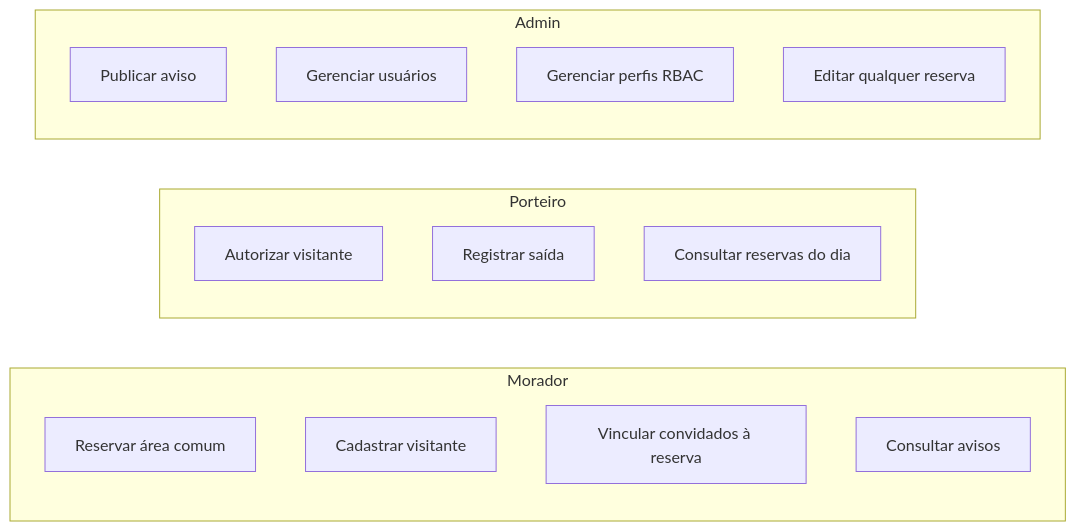
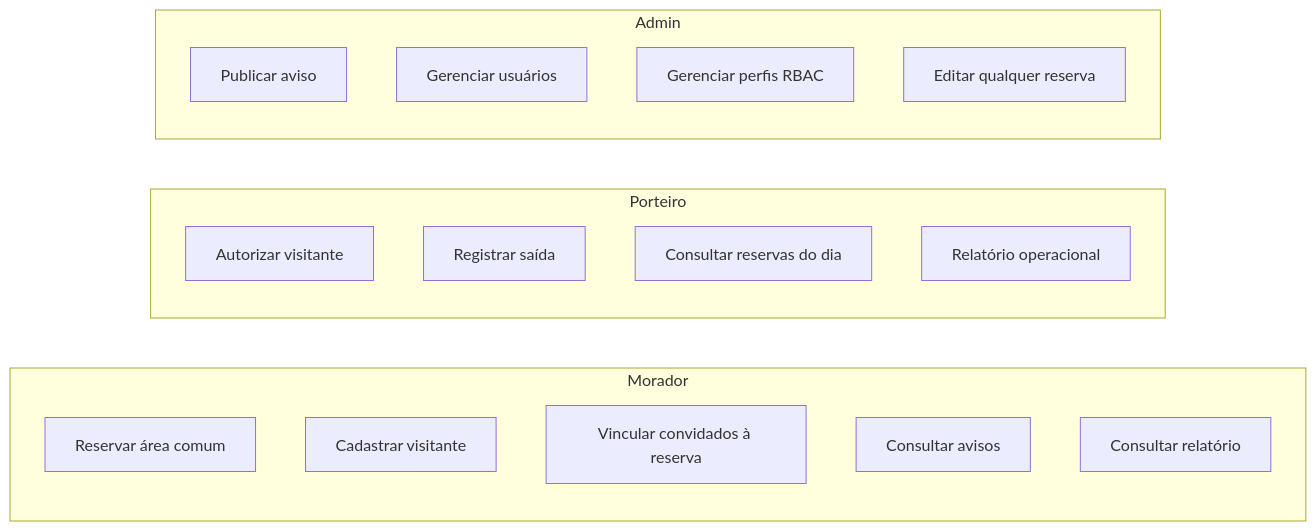
One commit to vyzin-app/vyzin changed the second of 6 diagrams in docs/CASOS_DE_USO.md. Above: the diagram before and after it, drawn with Mermaid. The commit also changed other lines of this file and 9 other files, not shown here.

````diff
--- a/docs/CASOS_DE_USO.md
+++ b/docs/CASOS_DE_USO.md
@@ -45,22 +45,25 @@
 ```mermaid
 flowchart LR
   subgraph Morador
     UC1[Reservar área comum]
     UC2[Cadastrar visitante]
     UC3[Vincular convidados à reserva]
     UC4[Consultar avisos]
+    UC13[Consultar relatório]
   end
 
   subgraph Porteiro
     UC5[Autorizar visitante]
     UC6[Registrar saída]
     UC7[Consultar reservas do dia]
+    UC14[Relatório operacional]
   end
 
   subgraph Admin
     UC8[Publicar aviso]
     UC9[Gerenciar usuários]
     UC10[Gerenciar perfis RBAC]
     UC11[Editar qualquer reserva]
+    UC14
   end
 ```
````
